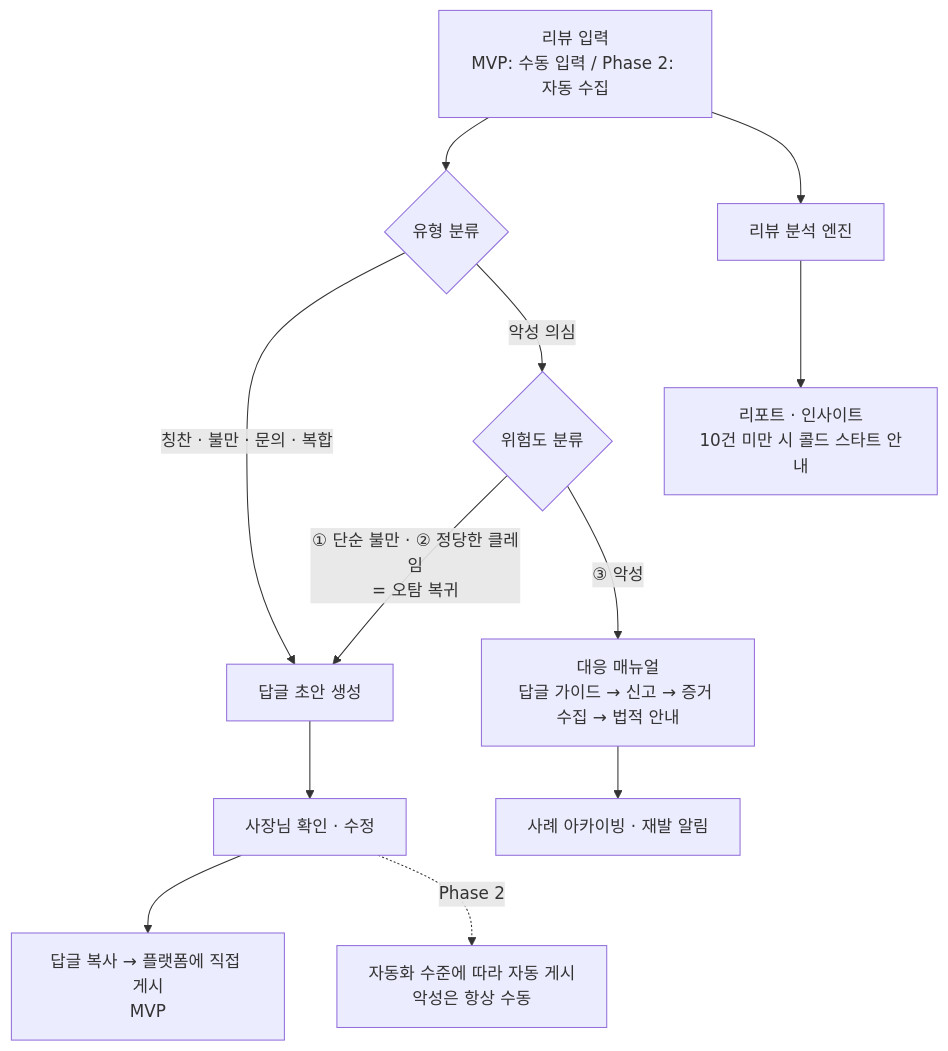
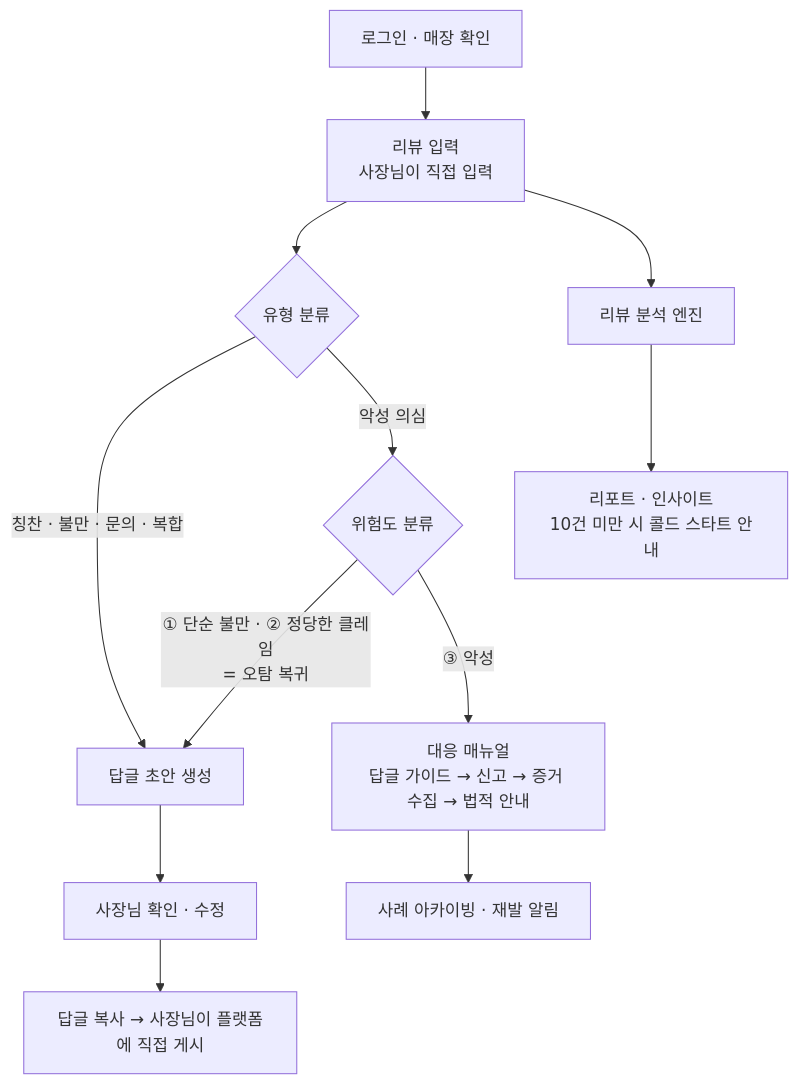
Before and after one commit to Mureung1/hub-showcase: the second of 2 diagrams in docs/PRD.md, drawn with Mermaid. The commit also changed other lines of this file and 10 other files, not shown here.

````diff
--- a/docs/PRD.md
+++ b/docs/PRD.md
@@ -288,14 +318,14 @@
 ```mermaid
 flowchart TD
-    A[리뷰 입력<br/>MVP: 수동 입력 / Phase 2: 자동 수집] --> B{유형 분류}
+    L[로그인 · 매장 확인] --> A[리뷰 입력<br/>사장님이 직접 입력]
+    A --> B{유형 분류}
     B -->|칭찬 · 불만 · 문의 · 복합| C[답글 초안 생성]
     B -->|악성 의심| D{위험도 분류}
     D -->|① 단순 불만 · ② 정당한 클레임<br/>= 오탐 복귀| C
     D -->|③ 악성| H[대응 매뉴얼<br/>답글 가이드 → 신고 → 증거 수집 → 법적 안내]
     C --> E[사장님 확인 · 수정]
-    E --> F[답글 복사 → 플랫폼에 직접 게시<br/>MVP]
-    E -.->|Phase 2| G[자동화 수준에 따라 자동 게시<br/>악성은 항상 수동]
+    E --> F[답글 복사 → 사장님이 플랫폼에 직접 게시]
     H --> K[사례 아카이빙 · 재발 알림]
     A --> I[리뷰 분석 엔진]
     I --> J[리포트 · 인사이트<br/>10건 미만 시 콜드 스타트 안내]
 ```
````
